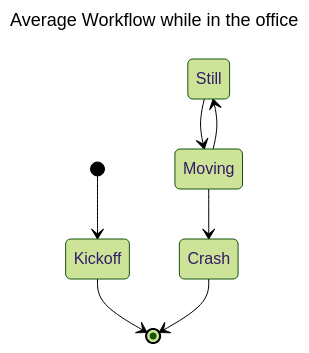
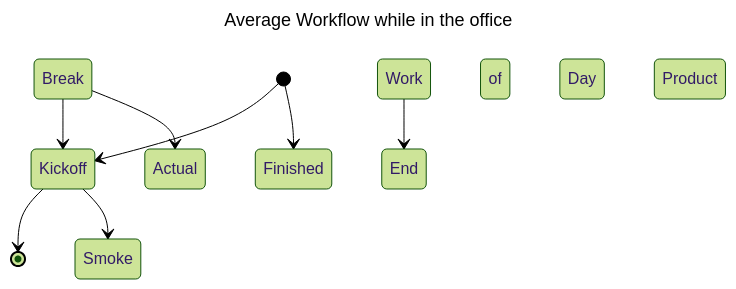
The second of 2 diagrams in README.md (EricTelekom/EricTelekom), drawn with Mermaid (forest theme) before and after one commit.

````diff
--- a/README.md
+++ b/README.md
@@ -25,13 +25,14 @@
 ```mermaid
 ---
 title: Average Workflow while in the office
 ---
 stateDiagram-v2
     [*] --> Kickoff
     Kickoff --> [*]
 
-    Still --> Moving
-    Moving --> Still
-    Moving --> Crash
-    Crash --> [*]
+    Kickoff --> Smoke Break
+    Smoke Break --> Kickoff
+    Smoke Break --> Actual Work
+    Actual Work --> End of Day
+    [*] --> Finished Product
 ```
````
